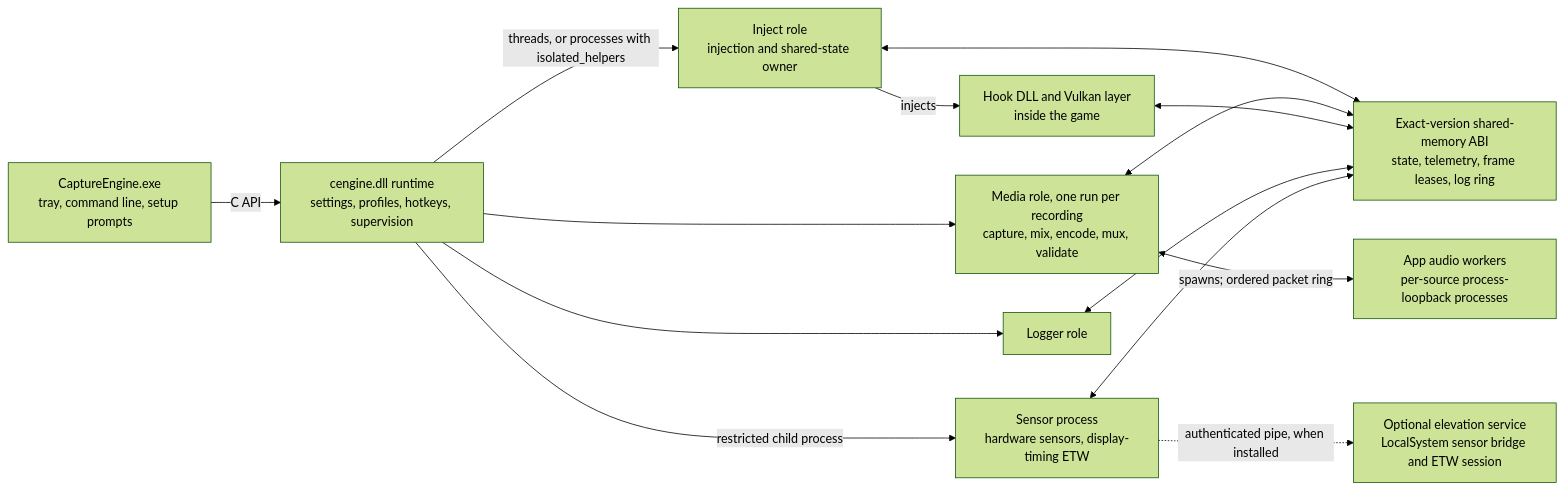
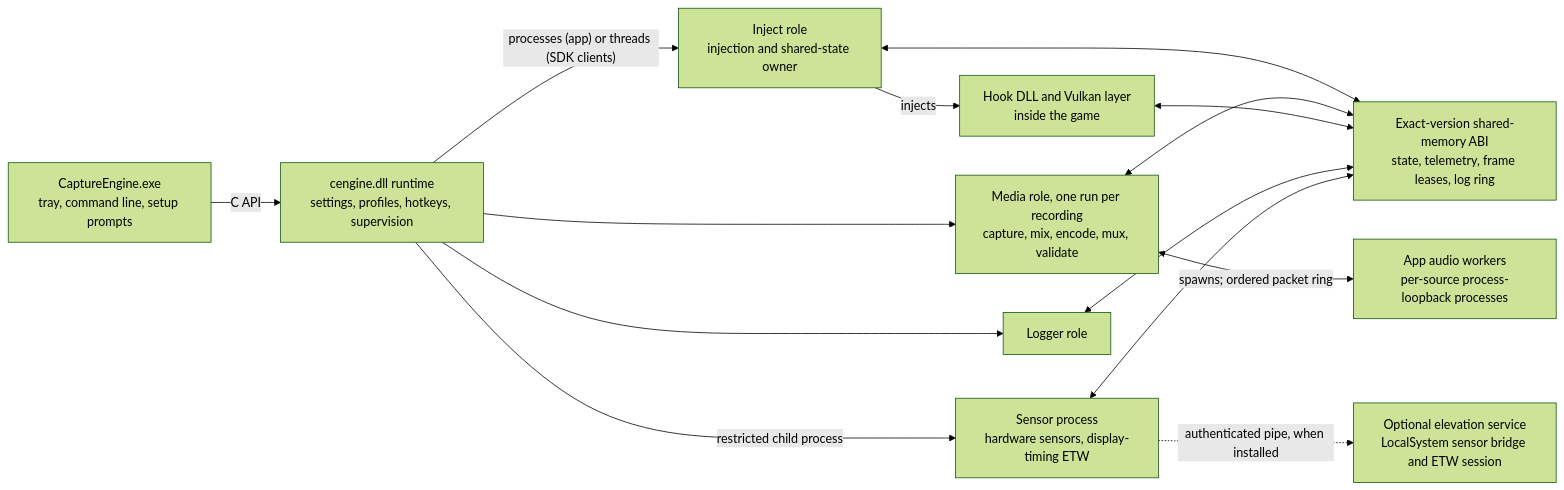
One commit to aufkrawall/capture-engine changed the diagram in docs/technical-overview.md. Above: the diagram before and after it, drawn with Mermaid (forest theme). The commit also changed other lines of this file and 17 other files, not shown here.

First line of the commit message:
runtime: the app runs helper processes again, SDK clients stay in-process

````diff
--- a/docs/technical-overview.md
+++ b/docs/technical-overview.md
@@ -32,27 +34,27 @@
 ```mermaid
 flowchart LR
     Frontend["CaptureEngine.exe<br/>tray, command line, setup prompts"]
     Runtime["cengine.dll runtime<br/>settings, profiles, hotkeys, supervision"]
     Inject["Inject role<br/>injection and shared-state owner"]
     Media["Media role, one run per recording<br/>capture, mix, encode, mux, validate"]
     Logger["Logger role"]
     Sensors["Sensor process<br/>hardware sensors, display-timing ETW"]
     AppAudio["App audio workers<br/>per-source process-loopback processes"]
     Service["Optional elevation service<br/>LocalSystem sensor bridge and ETW session"]
     Hook["Hook DLL and Vulkan layer<br/>inside the game"]
     Shared["Exact-version shared-memory ABI<br/>state, telemetry, frame leases, log ring"]
 
     Frontend -->|"C API"| Runtime
-    Runtime -->|"threads, or processes with isolated_helpers"| Inject
+    Runtime -->|"processes (app) or threads (SDK clients)"| Inject
     Runtime --> Media
     Runtime --> Logger
     Runtime -->|"restricted child process"| Sensors
     Sensors -.->|"authenticated pipe, when installed"| Service
     Media <-->|"spawns; ordered packet ring"| AppAudio
     Inject -->|"injects"| Hook
     Inject <--> Shared
     Media <--> Shared
     Hook <--> Shared
     Logger <--> Shared
     Sensors <--> Shared
 ```
````
